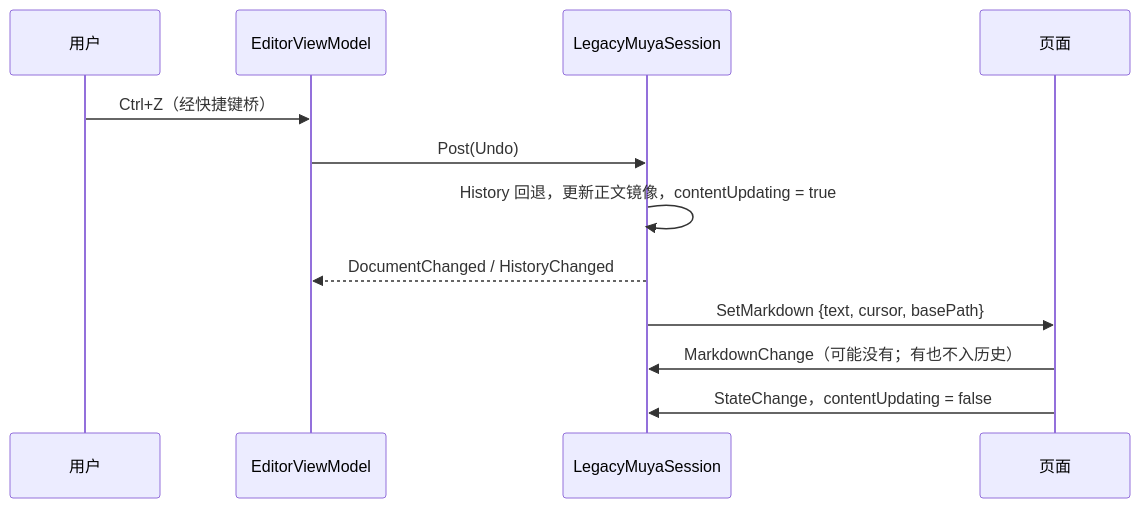
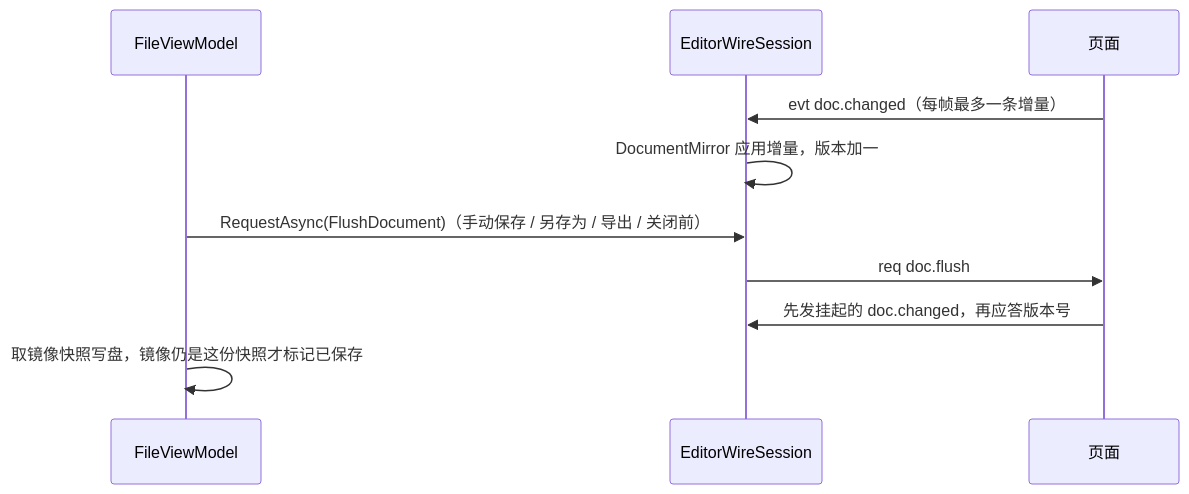
The eighth of 8 diagrams in docs/architecture.md (awarson2233/Typedown), drawn with Mermaid before and after one commit. The commit also changed other lines of this file and 2 other files, not shown here.

First line of the commit message:
Describe the new editor engine in architecture.md

````diff
--- a/docs/architecture.md
+++ b/docs/architecture.md
@@ -209,14 +229,12 @@
 ```mermaid
 sequenceDiagram
-    participant U as 用户
-    participant E as EditorViewModel
-    participant S as LegacyMuyaSession
+    participant F as FileViewModel
+    participant S as EditorWireSession
     participant P as 页面
-    U->>E: Ctrl+Z（经快捷键桥）
-    E->>S: Post(Undo)
-    S->>S: History 回退，更新正文镜像，contentUpdating = true
-    S-->>E: DocumentChanged / HistoryChanged
-    S->>P: SetMarkdown {text, cursor, basePath}
-    P->>S: MarkdownChange（可能没有；有也不入历史）
-    P->>S: StateChange，contentUpdating = false
+    P->>S: evt doc.changed（每帧最多一条增量）
+    S->>S: DocumentMirror 应用增量，版本加一
+    F->>S: RequestAsync(FlushDocument)（手动保存 / 另存为 / 导出 / 关闭前）
+    S->>P: req doc.flush
+    P->>S: 先发挂起的 doc.changed，再应答版本号
+    F->>F: 取镜像快照写盘，镜像仍是这份快照才标记已保存
 ```
````
